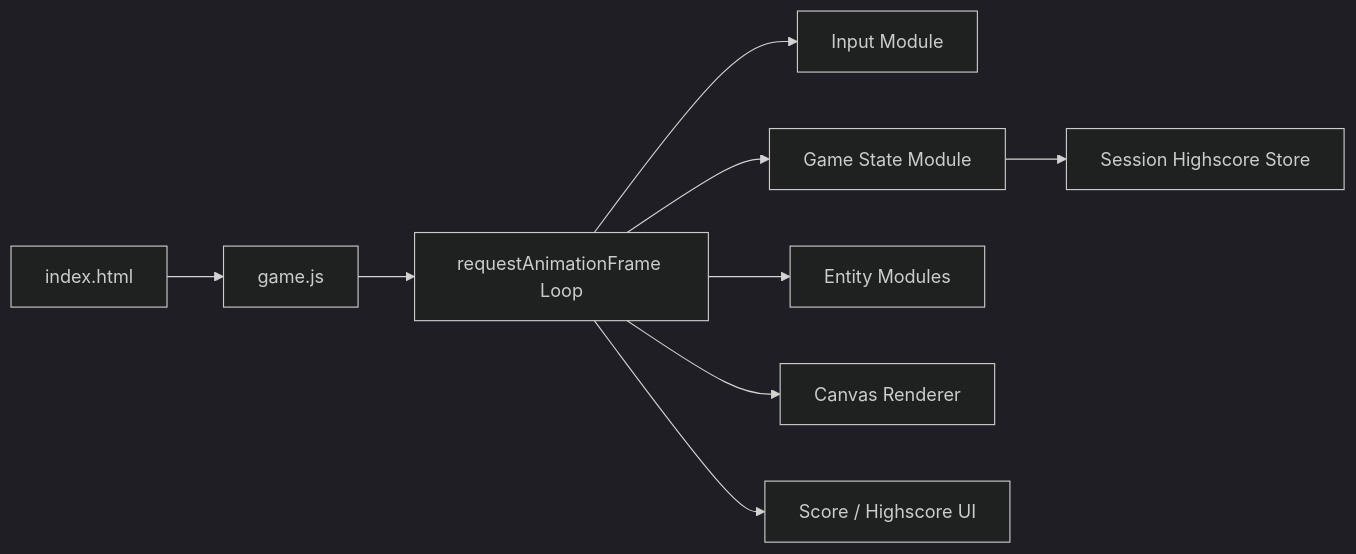
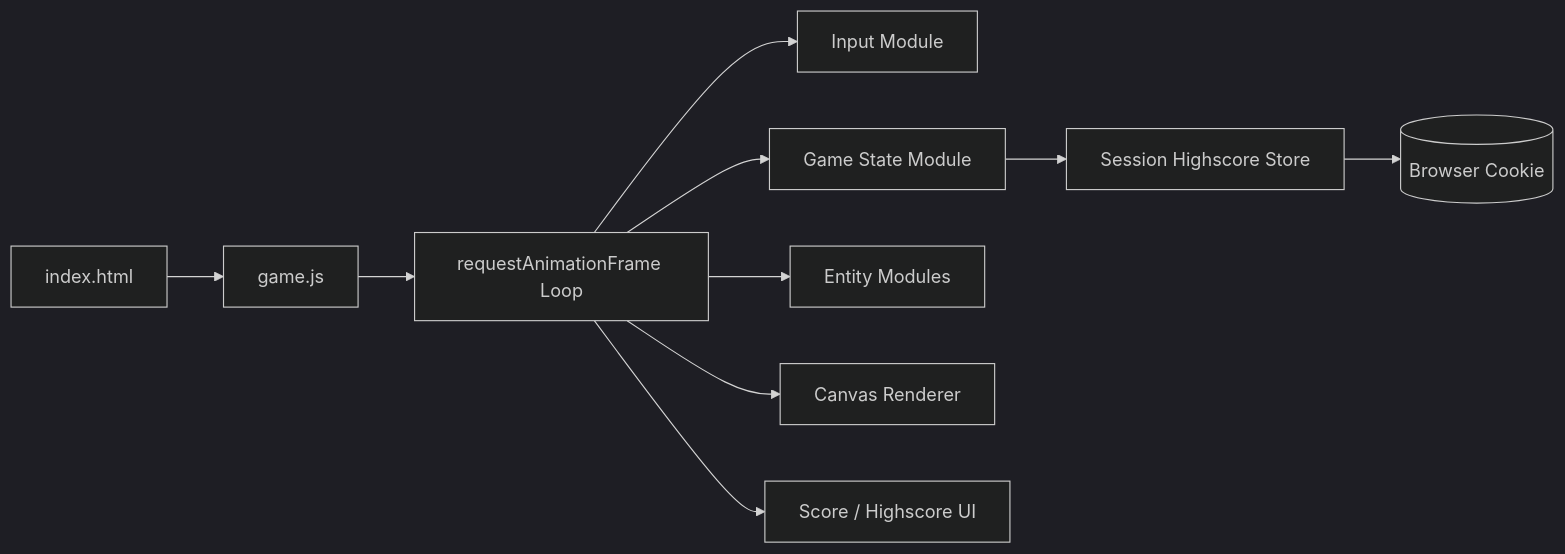
Before and after one commit to akmaier/AlienInvasion: the diagram in docs/architecture/ARC-001-overall-architecture.md, drawn with Mermaid (dark theme). The commit also changed other lines of this file and 5 other files, not shown here.

First line of the commit message:
Architecture follows UC-003/004/006/008/009: waves and a cookie-kept highscore list

````diff
--- a/docs/architecture/ARC-001-overall-architecture.md
+++ b/docs/architecture/ARC-001-overall-architecture.md
@@ -64,11 +68,12 @@
 ```mermaid
 flowchart LR
     HTML[index.html] --> JS[game.js]
     JS --> Loop[requestAnimationFrame Loop]
     Loop --> Input[Input Module]
     Loop --> State[Game State Module]
     Loop --> Entities[Entity Modules]
     Loop --> Render[Canvas Renderer]
     Loop --> UI[Score / Highscore UI]
     State --> Highscore[Session Highscore Store]
+    Highscore --> Cookie[(Browser Cookie)]
 ```
````
